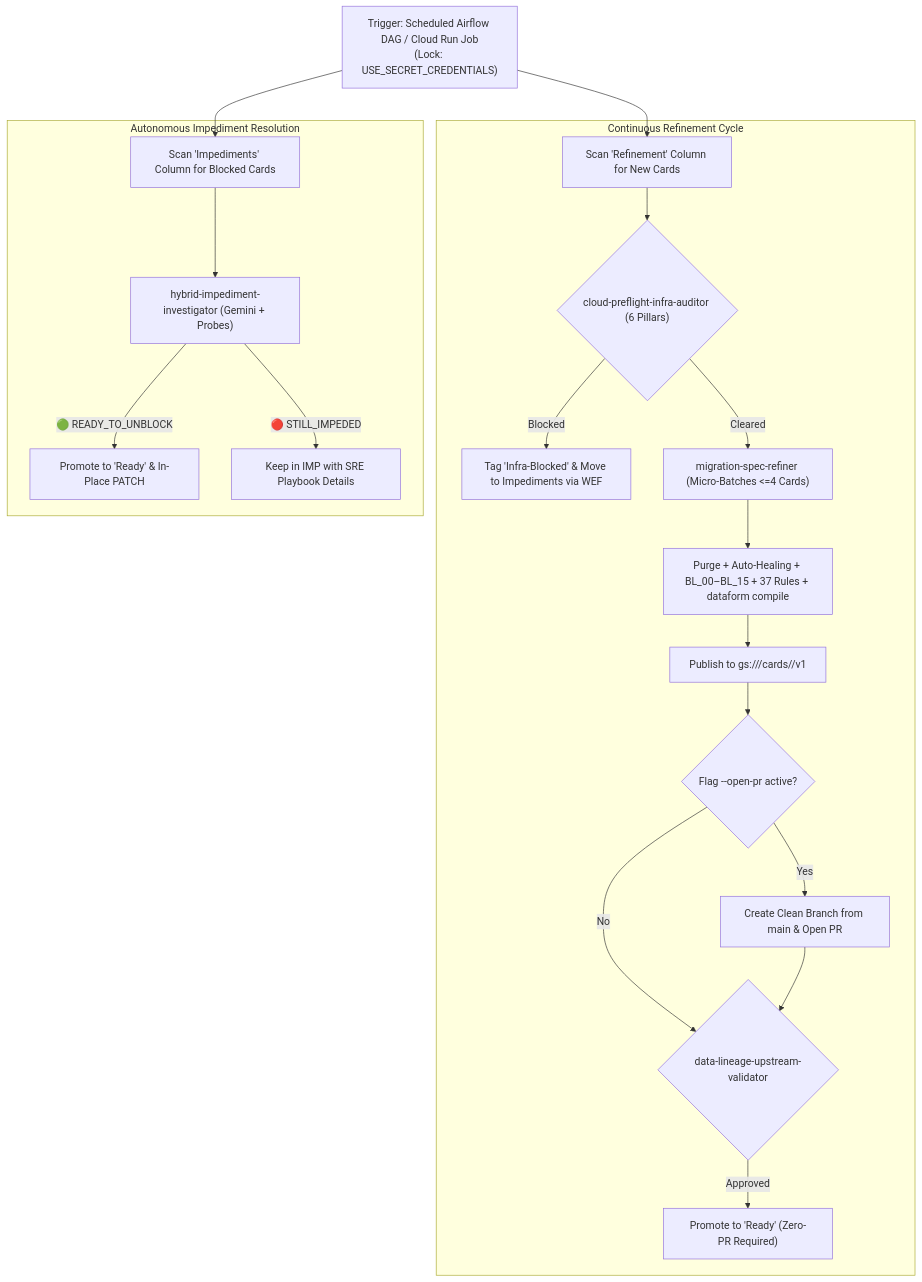
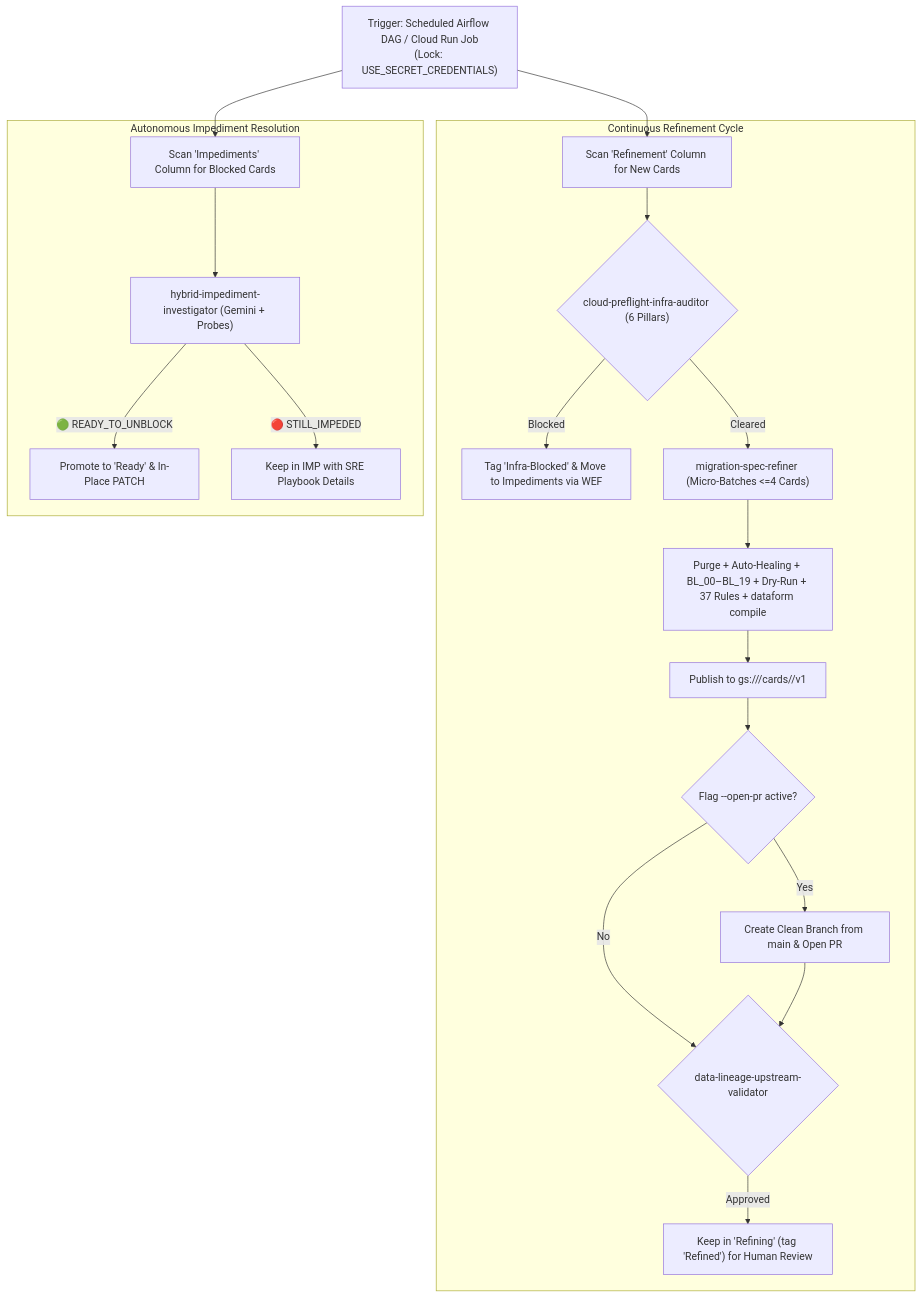
One commit to mvsimao/agent-skills changed the fifth of 5 diagrams in README.md. Above: the diagram before and after it, drawn with Mermaid. The commit also changed other lines of this file and 10 other files, not shown here.

First line of the commit message:
feat: implement Wave 1-3 enterprise refinements (BL_00-BL_19, BigQuery live dry-run, gemini-3.8-flash self-healing)

````diff
--- a/README.md
+++ b/README.md
@@ -273,24 +284,24 @@
 ```mermaid
 flowchart TD
     START["Trigger: Scheduled Airflow DAG / Cloud Run Job\n(Lock: USE_SECRET_CREDENTIALS)"] --> SCAN1["Scan 'Refinement' Column for New Cards"]
     START --> SCAN2["Scan 'Impediments' Column for Blocked Cards"]
 
     subgraph REFINE_LOOP["Continuous Refinement Cycle"]
         SCAN1 --> PF{"cloud-preflight-infra-auditor (6 Pillars)"}
         PF -->|Blocked| TAG_IMP["Tag 'Infra-Blocked' & Move to Impediments via WEF"]
         PF -->|Cleared| REF["migration-spec-refiner (Micro-Batches <=4 Cards)"]
-        REF --> HEAL_GATE["Purge + Auto-Healing + BL_00–BL_15 + 37 Rules + dataform compile"]
+        REF --> HEAL_GATE["Purge + Auto-Healing + BL_00–BL_19 + Dry-Run + 37 Rules + dataform compile"]
         HEAL_GATE --> PUB_GCS["Publish to gs://<artifacts-bucket>/cards/<id>/v1"]
         PUB_GCS --> OPT_PR{"Flag --open-pr active?"}
         OPT_PR -->|Yes| OPEN_PR["Create Clean Branch from main & Open PR"]
         OPT_PR -->|No| LIN_CHECK{"data-lineage-upstream-validator"}
         OPEN_PR --> LIN_CHECK
-        LIN_CHECK -->|Approved| PROMOTE["Promote to 'Ready' (Zero-PR Required)"]
+        LIN_CHECK -->|Approved| PROMOTE["Keep in 'Refining' (tag 'Refined') for Human Review"]
     end
 
     subgraph UNBLOCK_LOOP["Autonomous Impediment Resolution"]
         SCAN2 --> HYBRID["hybrid-impediment-investigator (Gemini + Probes)"]
         HYBRID -->|🟢 READY_TO_UNBLOCK| PROMOTE2["Promote to 'Ready' & In-Place PATCH"]
         HYBRID -->|🔴 STILL_IMPEDED| KEEP["Keep in IMP with SRE Playbook Details"]
     end
 ```
````
